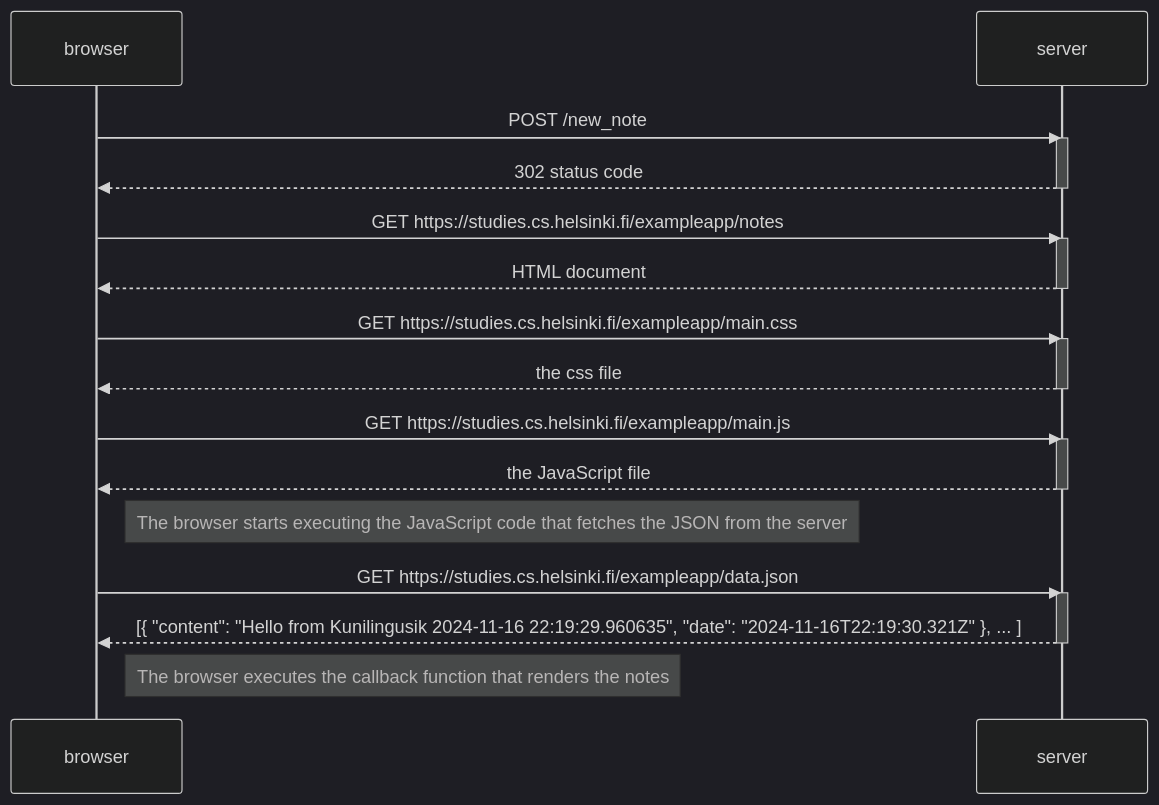
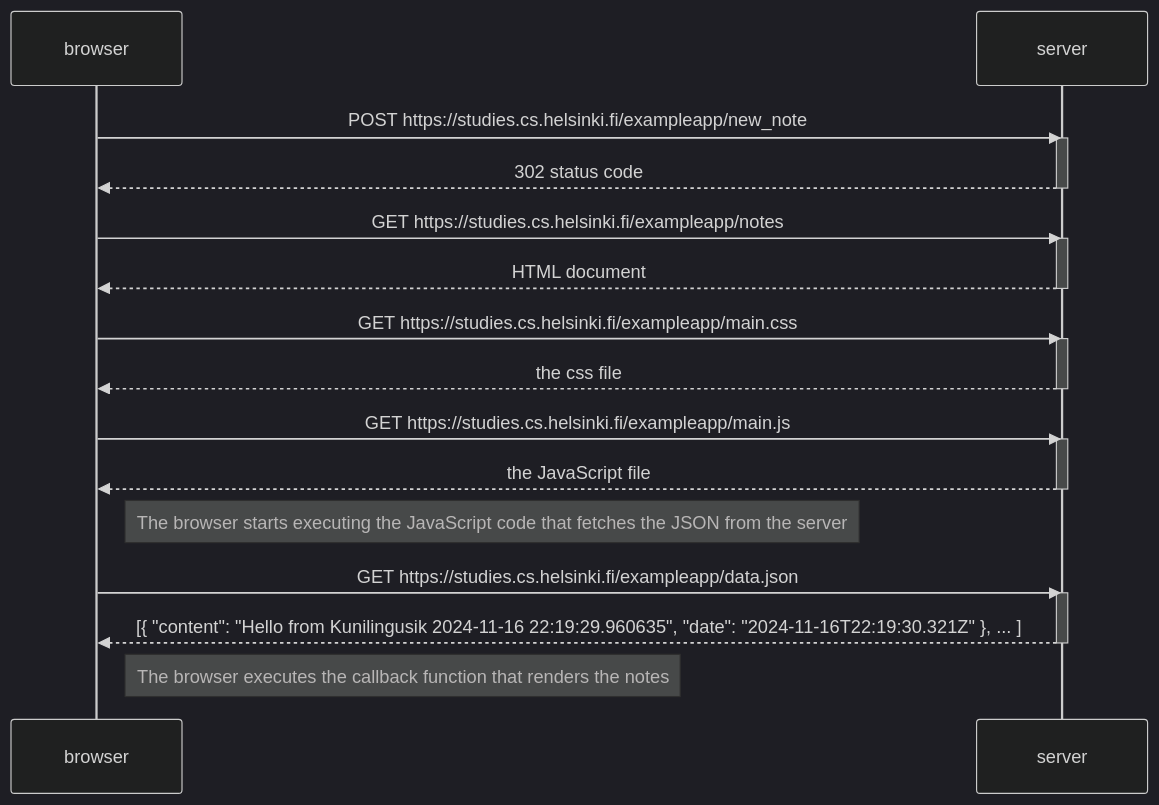
One commit to Yosef-ft/FullStackOpen changed the diagram in part0/New_note_diagram.md. Above: the diagram before and after it, drawn with Mermaid (dark theme).

Commit message:
Solution for New note diagram.md

````diff
--- a/part0/New_note_diagram.md
+++ b/part0/New_note_diagram.md
@@ -1,35 +1,35 @@
 ```mermaid
 sequenceDiagram
     participant browser
     participant server
 
-    browser->>server: POST /new_note
+    browser->>server: POST https://studies.cs.helsinki.fi/exampleapp/new_note
     activate server
     server-->>browser: 302 status code
     deactivate server
 
     browser->>server: GET https://studies.cs.helsinki.fi/exampleapp/notes
     activate server
     server-->>browser: HTML document
     deactivate server
 
     browser->>server: GET https://studies.cs.helsinki.fi/exampleapp/main.css
     activate server
     server-->>browser: the css file
     deactivate server
 
     browser->>server: GET https://studies.cs.helsinki.fi/exampleapp/main.js
     activate server
     server-->>browser: the JavaScript file
     deactivate server
 
     Note right of browser: The browser starts executing the JavaScript code that fetches the JSON from the server
 
     browser->>server: GET https://studies.cs.helsinki.fi/exampleapp/data.json
     activate server
     server-->>browser: [{ "content": "Hello from Kunilingusik 2024-11-16 22:19:29.960635", "date": "2024-11-16T22:19:30.321Z" }, ... ]
     deactivate server
 
     Note right of browser: The browser executes the callback function that renders the notes
 
 ```
````
